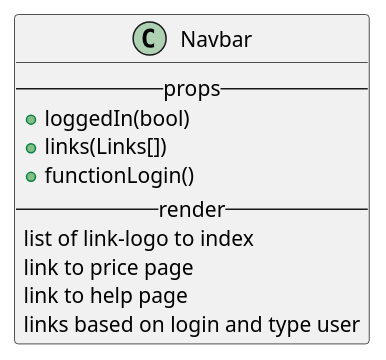
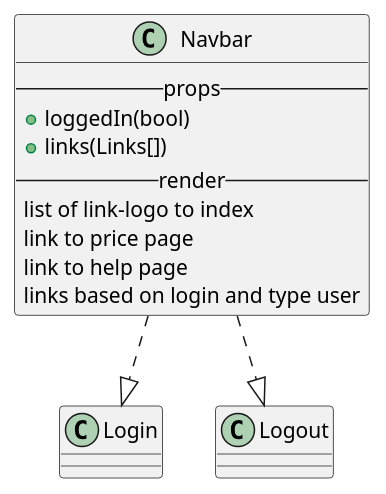
The diagram in react/custom/navbar.iuml (M9k/Marvin-Uml), drawn with PlantUML before and after one commit. The commit also changed 14 other files, not shown here.

```diff
--- a/react/custom/navbar.iuml
+++ b/react/custom/navbar.iuml
@@ -1,11 +1,13 @@
 class Navbar{
   --props--
     + loggedIn(bool)
     + links(Links[])
-    + functionLogin()
   --render--
     list of link-logo to index
     link to price page
     link to help page
     links based on login and type user
 }
+
+Navbar ..|> Login
+Navbar ..|> Logout
```
